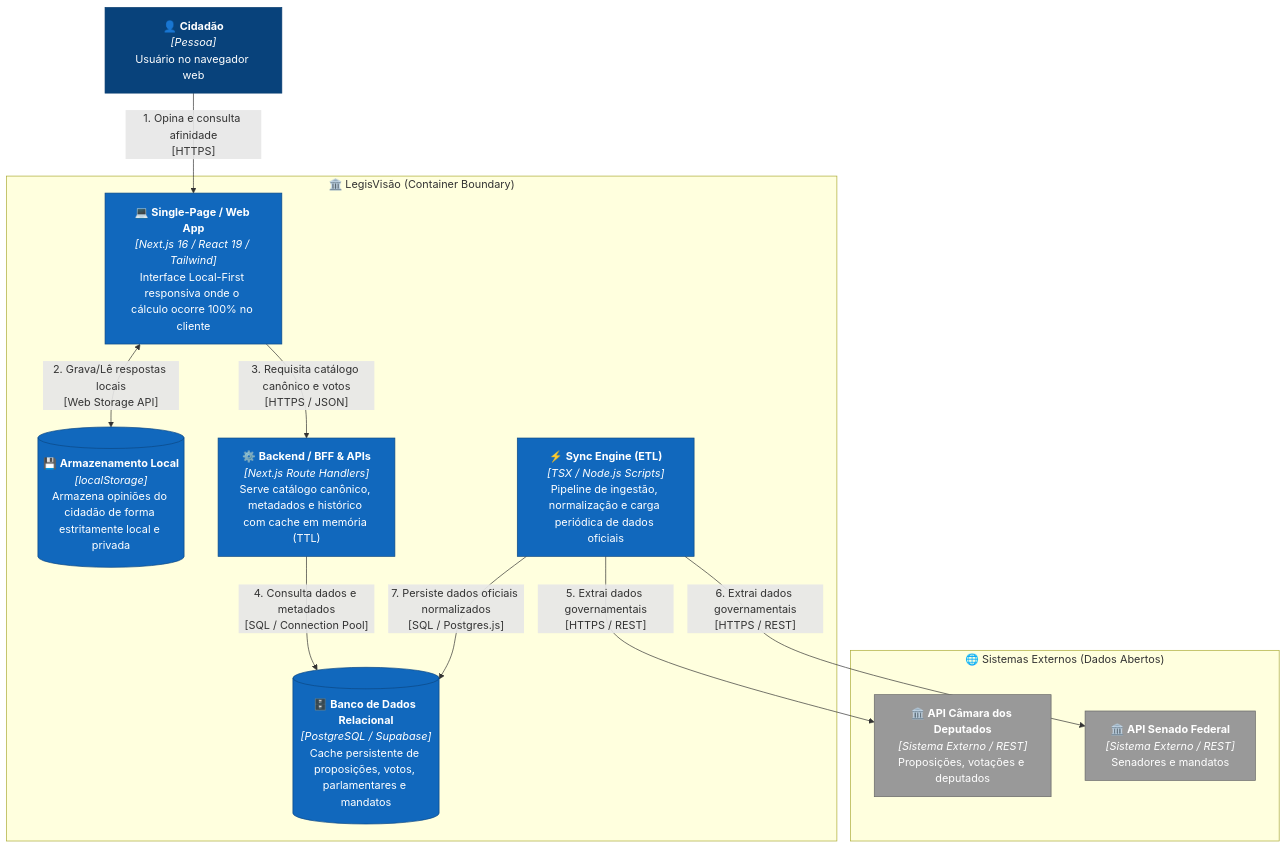
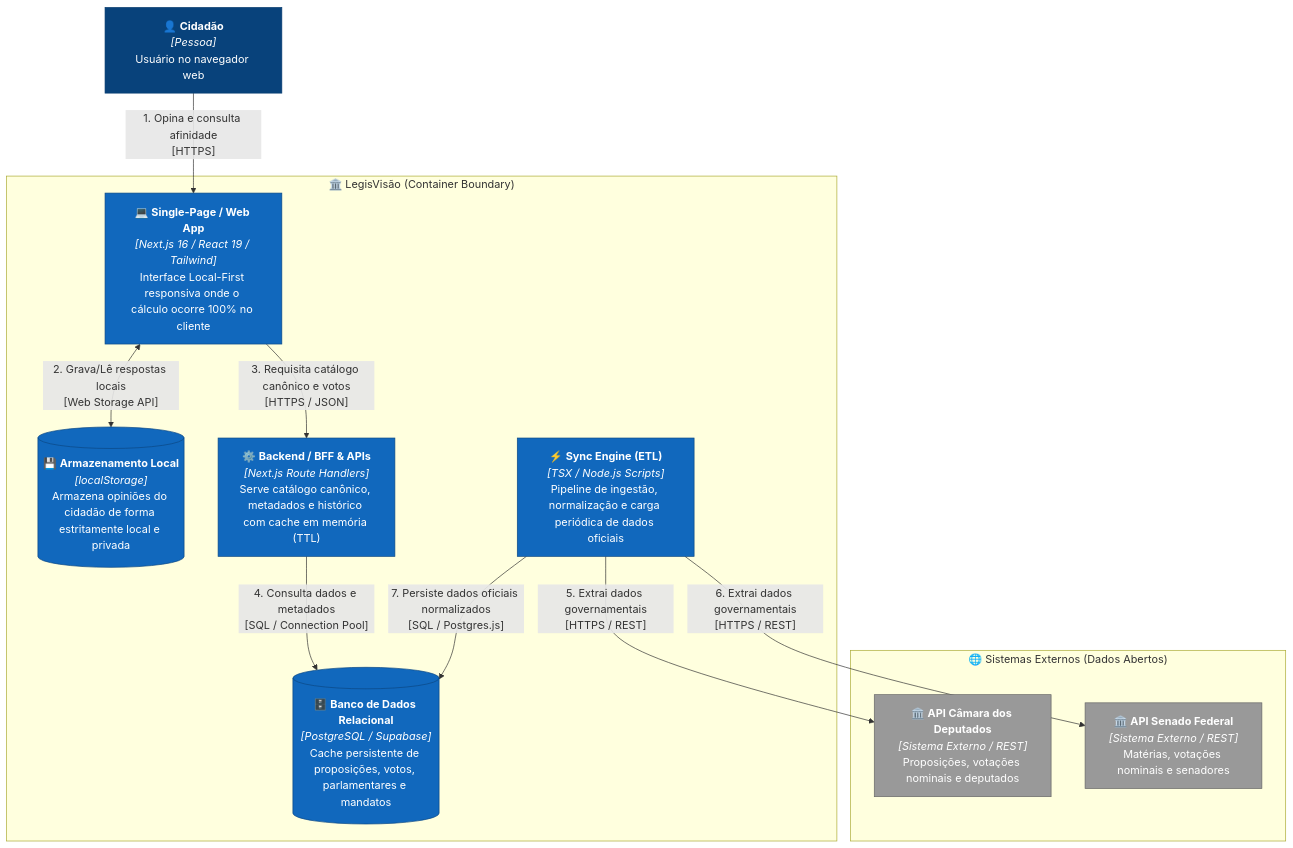
Before and after one commit to didifive/legisvisao: the second of 5 diagrams in README.md, drawn with Mermaid. The commit also changed other lines of this file and 1 other file, not shown here.

````diff
--- a/README.md
+++ b/README.md
@@ -71,36 +71,36 @@
 ```mermaid
 flowchart TB
     %% Estilos no padrão visual C4
     classDef person fill:#08427b,stroke:#073b6f,color:#ffffff;
     classDef ext fill:#999999,stroke:#666666,color:#ffffff;
     classDef container fill:#1168bd,stroke:#0b4884,color:#ffffff;
     classDef db fill:#1168bd,stroke:#0b4884,color:#ffffff;
 
     cidadao["👤 <b>Cidadão</b><br/><i>[Pessoa]</i><br/>Usuário no navegador web"]:::person
 
     subgraph ExtSystems ["🌐 Sistemas Externos (Dados Abertos)"]
-        camara["🏛️ <b>API Câmara dos Deputados</b><br/><i>[Sistema Externo / REST]</i><br/>Proposições, votações e deputados"]:::ext
-        senado["🏛️ <b>API Senado Federal</b><br/><i>[Sistema Externo / REST]</i><br/>Senadores e mandatos"]:::ext
+        camara["🏛️ <b>API Câmara dos Deputados</b><br/><i>[Sistema Externo / REST]</i><br/>Proposições, votações nominais e deputados"]:::ext
+        senado["🏛️ <b>API Senado Federal</b><br/><i>[Sistema Externo / REST]</i><br/>Matérias, votações nominais e senadores"]:::ext
     end
 
     subgraph LegisBoundary ["🏛️ LegisVisão (Container Boundary)"]
         spa["💻 <b>Single-Page / Web App</b><br/><i>[Next.js 16 / React 19 / Tailwind]</i><br/>Interface Local-First responsiva onde o cálculo ocorre 100% no cliente"]:::container
         storage[("💾 <b>Armazenamento Local</b><br/><i>[localStorage]</i><br/>Armazena opiniões do cidadão de forma estritamente local e privada")]:::db
         bff["⚙️ <b>Backend / BFF & APIs</b><br/><i>[Next.js Route Handlers]</i><br/>Serve catálogo canônico, metadados e histórico com cache em memória (TTL)"]:::container
         db[("🗄️ <b>Banco de Dados Relacional</b><br/><i>[PostgreSQL / Supabase]</i><br/>Cache persistente de proposições, votos, parlamentares e mandatos")]:::db
         sync["⚡ <b>Sync Engine (ETL)</b><br/><i>[TSX / Node.js Scripts]</i><br/>Pipeline de ingestão, normalização e carga periódica de dados oficiais"]:::container
     end
 
     %% Fluxos do Usuário e Frontend
     cidadao -->|"1. Opina e consulta afinidade<br/>[HTTPS]"| spa
     spa <-->|"2. Grava/Lê respostas locais<br/>[Web Storage API]"| storage
     spa -->|"3. Requisita catálogo canônico e votos<br/>[HTTPS / JSON]"| bff
 
     %% Fluxos de Backend e Persistência
     bff -->|"4. Consulta dados e metadados<br/>[SQL / Connection Pool]"| db
 
     %% Fluxos da Engine de Ingestão (ETL)
     sync -->|"5. Extrai dados governamentais<br/>[HTTPS / REST]"| camara
     sync -->|"6. Extrai dados governamentais<br/>[HTTPS / REST]"| senado
     sync -->|"7. Persiste dados oficiais normalizados<br/>[SQL / Postgres.js]"| db
 ```
````
